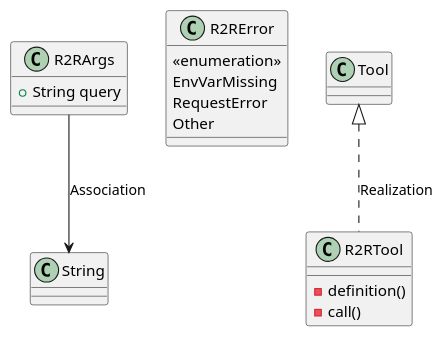
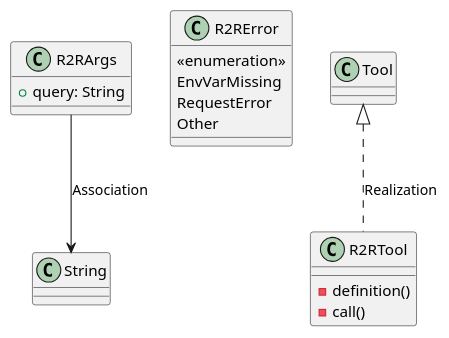
Before and after one commit to lgcorzo/fastapi-autogen-team: the first of 2 diagrams in openwiki/modules/src/infrastructure/tools/r2r.md, drawn with PlantUML. The commit also changed other lines of this file and 56 other files, not shown here.

Commit message:
Fix plantuml generics and field extraction

````diff
--- a/openwiki/modules/src/infrastructure/tools/r2r.md
+++ b/openwiki/modules/src/infrastructure/tools/r2r.md
@@ -29,19 +29,19 @@
 ```plantuml
 @startuml
     class R2RArgs {
-        +String query
+        +query: String
     }
     class R2RError {
         <<enumeration>>
         EnvVarMissing
         RequestError
         Other
     }
     class R2RTool {
         -definition()
         -call()
     }
     R2RArgs --> String : Association
     Tool <|.. R2RTool : Realization
 @enduml
 ```
````
